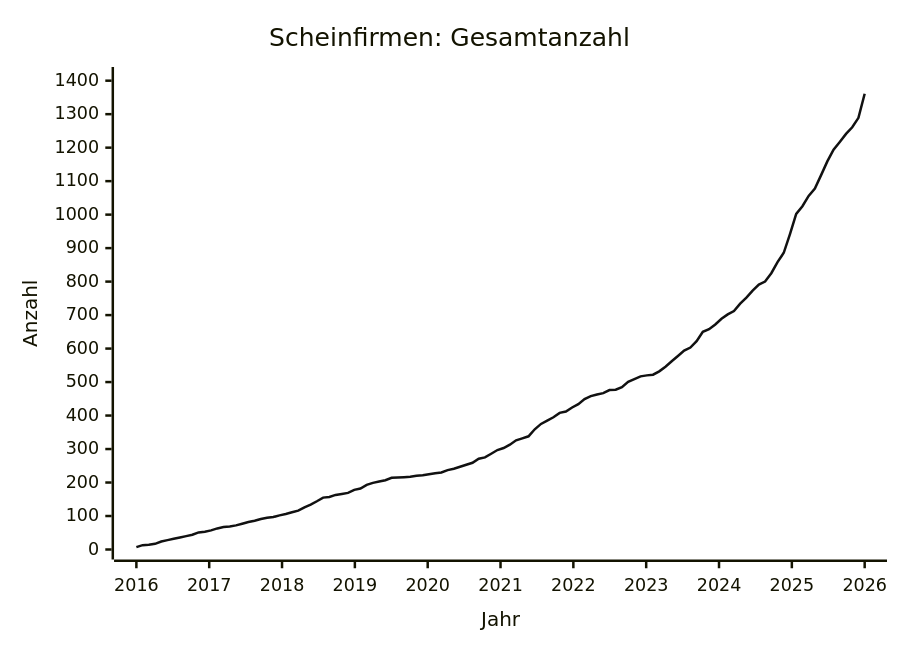
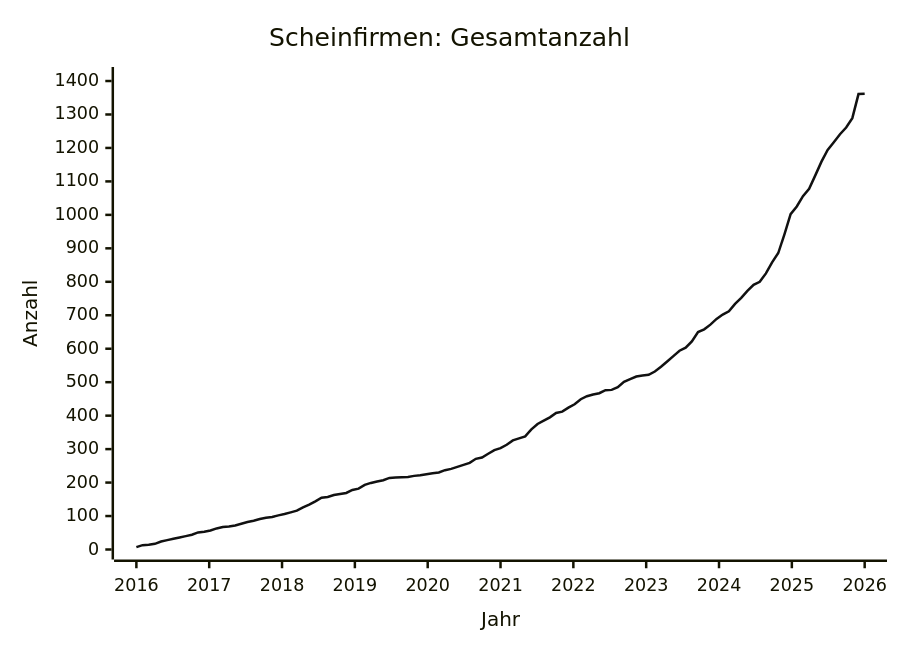
The diagram in data/STATS.md (arjoma/scheinfirmen-at), drawn with Mermaid before and after one commit. The commit also changed other lines of this file and 3 other files, not shown here.

````diff
--- a/data/STATS.md
+++ b/data/STATS.md
@@ -9,13 +9,13 @@
 ```mermaid
 ---
 config:
   themeVariables:
     xyChart:
       plotColorPalette: "#111111"
 ---
 xychart-beta
     title "Scheinfirmen: Gesamtanzahl"
     x-axis "Jahr" 2016 --> 2026
-    y-axis "Anzahl" 0 --> 1411
-    line [7, 13, 14, 17, 24, 28, 32, 36, 40, 44, 51, 53, 57, 63, 67, 69, 72, 77, 82, 86, 91, 95, 97, 102, 106, 111, 116, 126, 134, 144, 155, 157, 163, 166, 169, 178, 182, 193, 199, 203, 207, 214, 215, 216, 217, 220, 222, 225, 228, 230, 237, 241, 247, 253, 259, 271, 275, 286, 297, 303, 313, 326, 332, 338, 359, 375, 385, 395, 408, 412, 424, 434, 449, 458, 463, 467, 476, 477, 485, 501, 509, 517, 520, 522, 532, 546, 562, 578, 594, 603, 622, 650, 658, 672, 689, 702, 712, 734, 752, 773, 791, 800, 825, 858, 886, 942, 1002, 1025, 1056, 1078, 1118, 1159, 1194, 1217, 1241, 1261, 1289, 1361]
+    y-axis "Anzahl" 0 --> 1412
+    line [7, 13, 14, 17, 24, 28, 32, 36, 40, 44, 51, 53, 57, 63, 67, 69, 72, 77, 82, 86, 91, 95, 97, 102, 106, 111, 116, 126, 134, 144, 155, 157, 163, 166, 169, 178, 182, 193, 199, 203, 207, 214, 215, 216, 217, 220, 222, 225, 228, 230, 237, 241, 247, 253, 259, 271, 275, 286, 297, 303, 313, 326, 332, 338, 359, 375, 385, 395, 408, 412, 424, 434, 449, 458, 463, 467, 476, 477, 485, 501, 509, 517, 520, 522, 532, 546, 562, 578, 594, 603, 622, 650, 658, 672, 689, 702, 712, 734, 752, 773, 791, 800, 825, 858, 886, 942, 1002, 1025, 1056, 1078, 1118, 1159, 1194, 1217, 1241, 1261, 1289, 1361, 1362]
 ```
````
